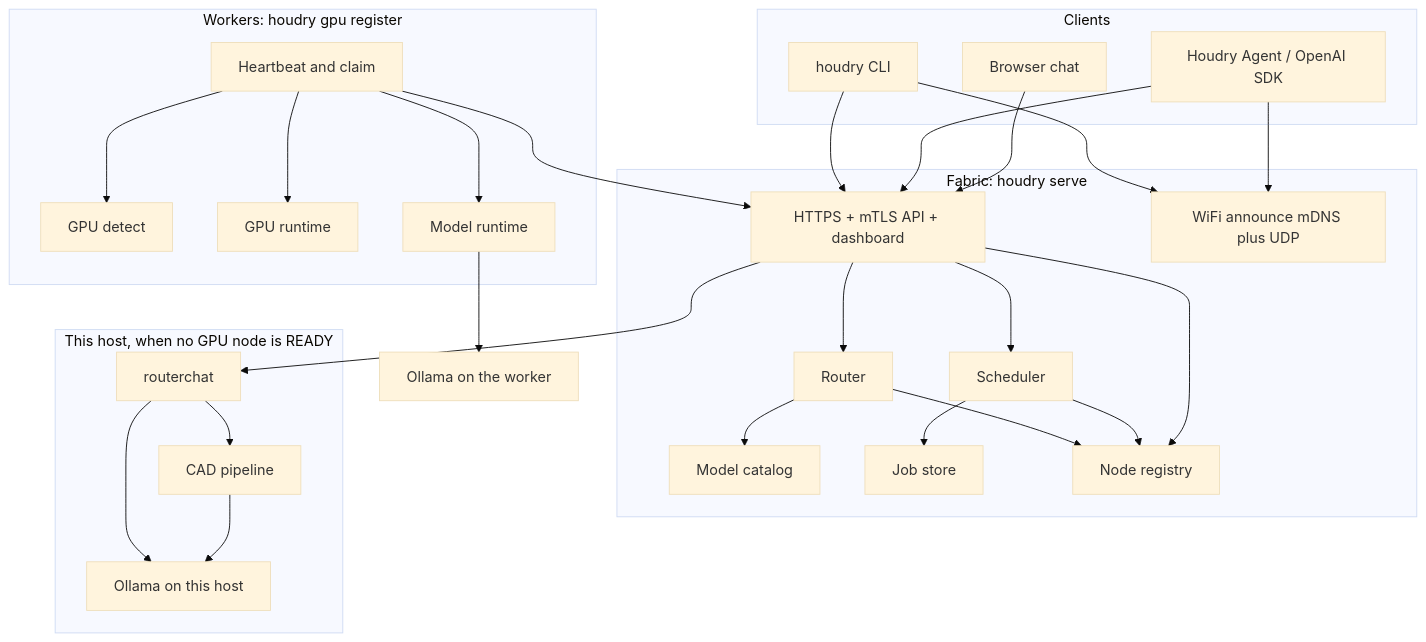
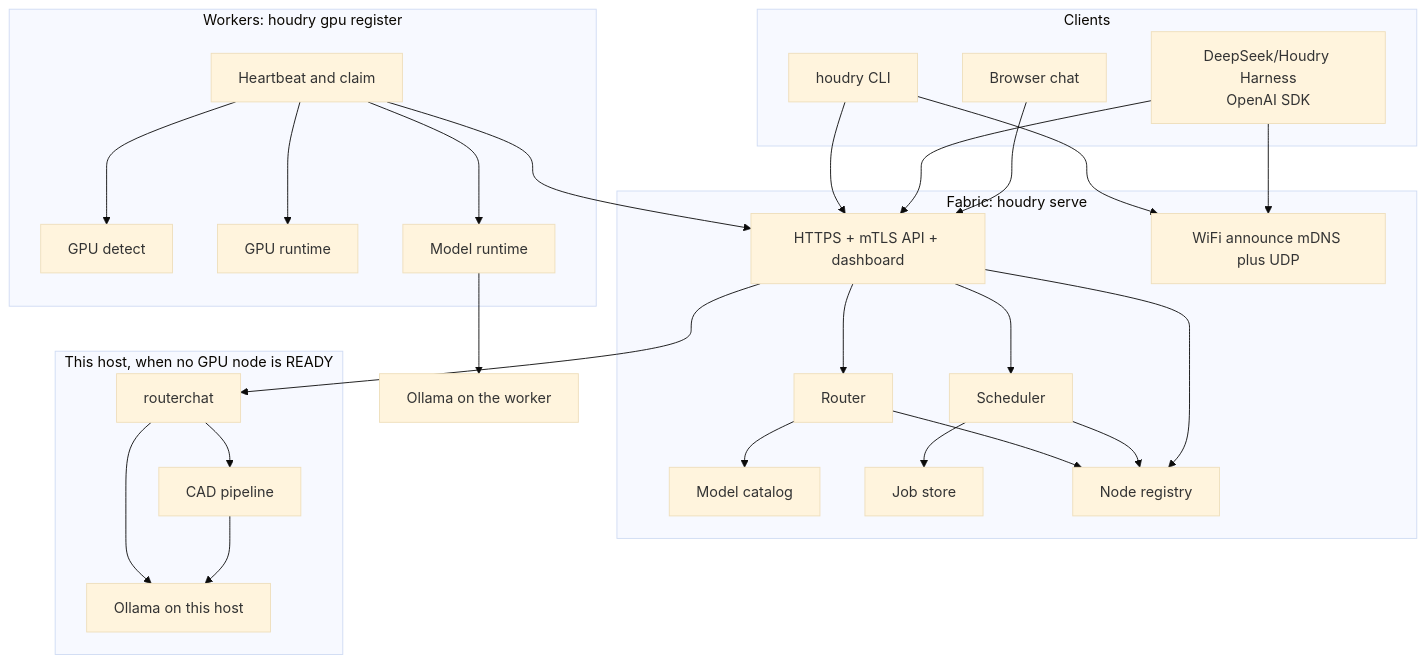
Before and after one commit to Houdry-Harness-Genomex/harness-fabric: the first of 2 diagrams in README.md, drawn with Mermaid (base theme). The commit also changed other lines of this file, not shown here.

First line of the commit message:
docs: rebrand to Harness Fabric for DeepSeek/Houdry Harness

````diff
--- a/README.md
+++ b/README.md
@@ -22,56 +57,56 @@
 ```mermaid
 flowchart TB
   subgraph clients [Clients]
     CLI["houdry CLI"]
-    Agent["Houdry Agent / OpenAI SDK"]
+    Harness["DeepSeek/Houdry Harness<br/>OpenAI SDK"]
     Browser["Browser chat"]
   end
 
   subgraph fabric [Fabric: houdry serve]
     HTTP["HTTPS + mTLS API + dashboard"]
     LAN["WiFi announce mDNS plus UDP"]
     Router["Router"]
     Catalog["Model catalog"]
     Sched["Scheduler"]
     Jobs["Job store"]
     Registry["Node registry"]
   end
 
   subgraph workers [Workers: houdry gpu register]
     AgentLoop["Heartbeat and claim"]
     GPUDetect["GPU detect"]
     GPURuntime["GPU runtime"]
     ModelRT["Model runtime"]
   end
 
   subgraph local [This host, when no GPU node is READY]
     Chat["routerchat"]
     OllamaLocal["Ollama on this host"]
     CAD["CAD pipeline"]
   end
 
   CLI --> HTTP
   CLI --> LAN
-  Agent --> HTTP
-  Agent --> LAN
+  Harness --> HTTP
+  Harness --> LAN
   Browser --> HTTP
 
   HTTP --> Router
   Router --> Catalog
   Router --> Registry
   HTTP --> Sched
   Sched --> Jobs
   Sched --> Registry
   HTTP --> Registry
   HTTP --> Chat
 
   AgentLoop --> HTTP
   AgentLoop --> GPUDetect
   AgentLoop --> GPURuntime
   AgentLoop --> ModelRT
   ModelRT --> OllamaWorker["Ollama on the worker"]
 
   Chat --> OllamaLocal
   Chat --> CAD
   CAD --> OllamaLocal
 ```
````
